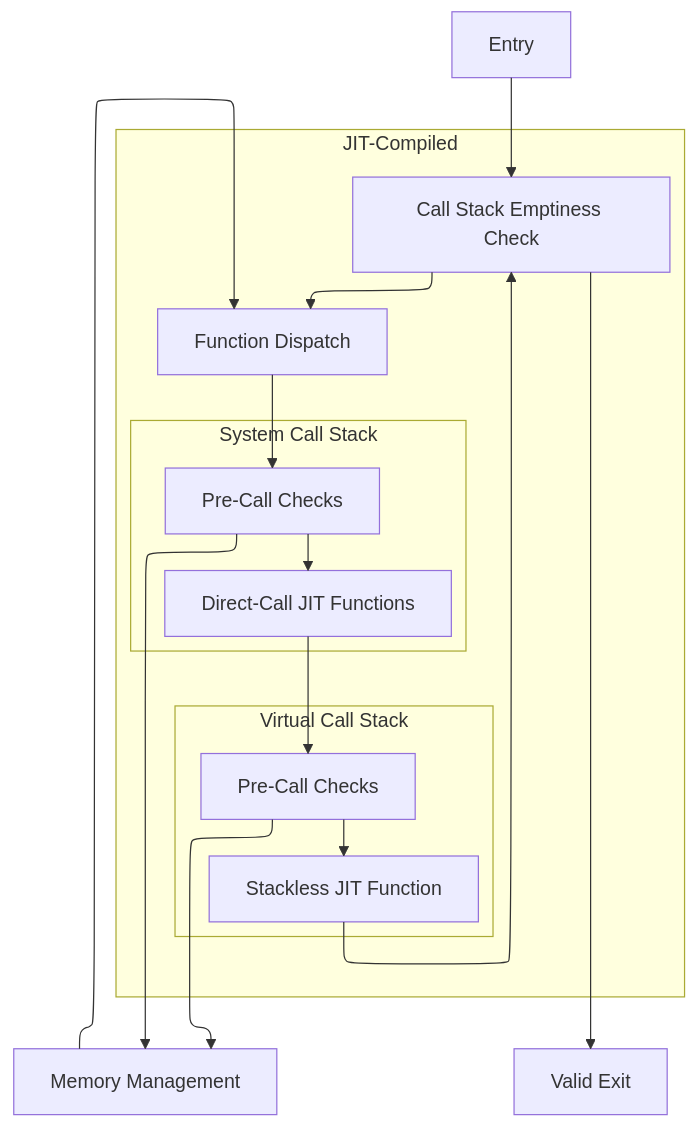
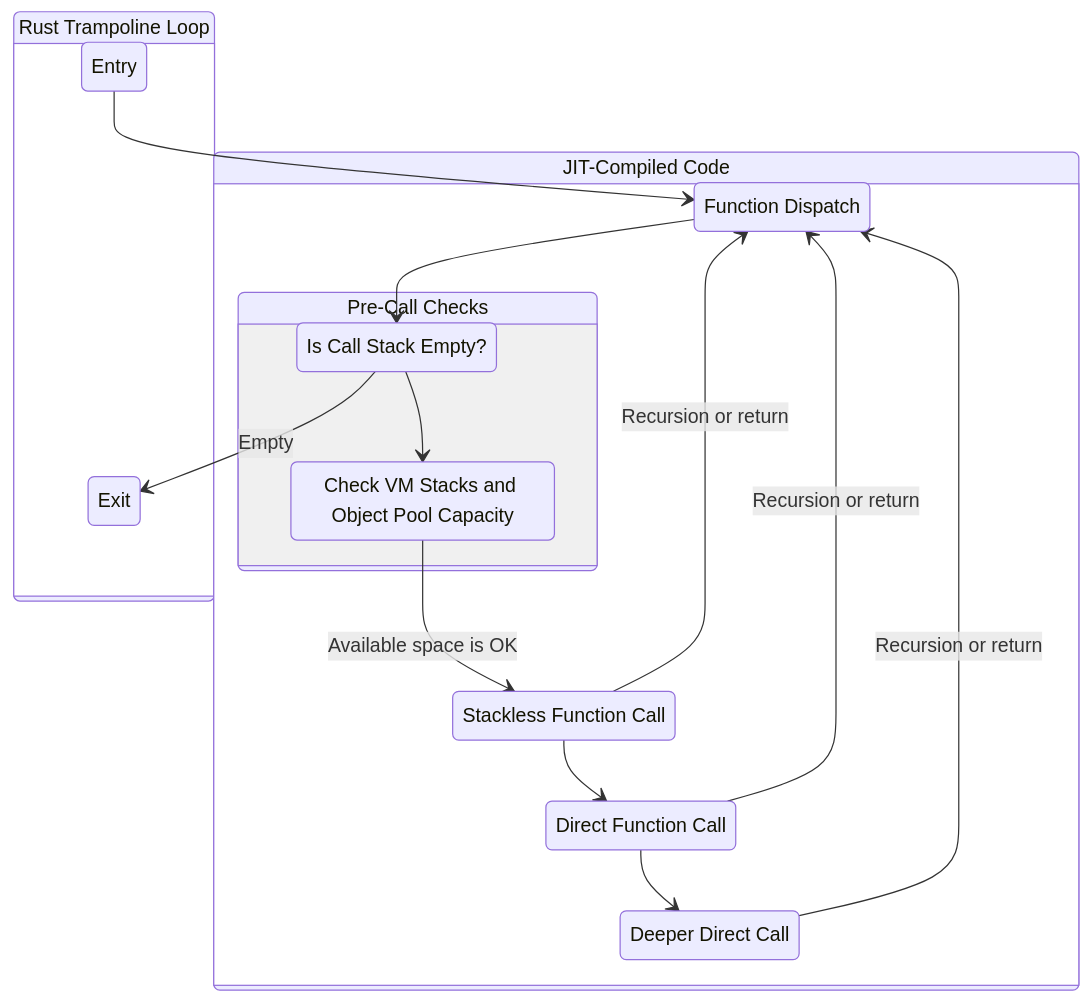
Before and after one commit to solaeus/dust: the diagram in DESIGN.md, drawn with Mermaid.

````diff
--- a/DESIGN.md
+++ b/DESIGN.md
@@ -32,35 +32,35 @@
 ```mermaid
----
-config:
-    flowchart:
-        defaultRenderer: "elk"
----
-flowchart TD
-    A[Entry]
-    subgraph JIT-Compiled
-    B[Call Stack Emptiness Check]
-    C[Function Dispatch]
-    subgraph System Call Stack
-    D[Pre-Call Checks]
-    E[Direct-Call JIT Functions]
-    end
-    subgraph Virtual Call Stack
-    F[Pre-Call Checks]
-    G[Stackless JIT Function]
-    end
-    end
-    H[Memory Management]
-    I[Valid Exit]
+stateDiagram-v2
+    Trampoline: Rust Trampoline Loop
+    state Trampoline {
+        Entry
+        Exit
+    }
 
-    A --> B
-    B --> C
-    B --> I
-    C --> D
-    D --> E
-    D --> H
-    E --> F
-    F --> G
-    F --> H
-    G --> B
-    H --> C
+    JIT: JIT-Compiled Code
+    state JIT {
+        Checks: Pre-Call Checks
+        state Checks {
+            IsEmpty: Is Call Stack Empty?
+            Memory: Check VM Stacks and Object Pool Capacity
+        }
+
+        Dispatch: Function Dispatch
+        Stackless: Stackless Function Call
+        Direct: Direct Function Call
+        DeepDirect: Deeper Direct Call
+    }
+
+    IsEmpty --> Memory
+    IsEmpty --> Exit: Empty
+    Memory -->  Stackless: Available space is OK
+
+
+    Entry --> Dispatch
+    Dispatch --> IsEmpty
+    Stackless --> Dispatch: Recursion or return
+    Stackless --> Direct
+    Direct --> DeepDirect
+    Direct --> Dispatch: Recursion or return
+    DeepDirect --> Dispatch: Recursion or return
 ```
````
